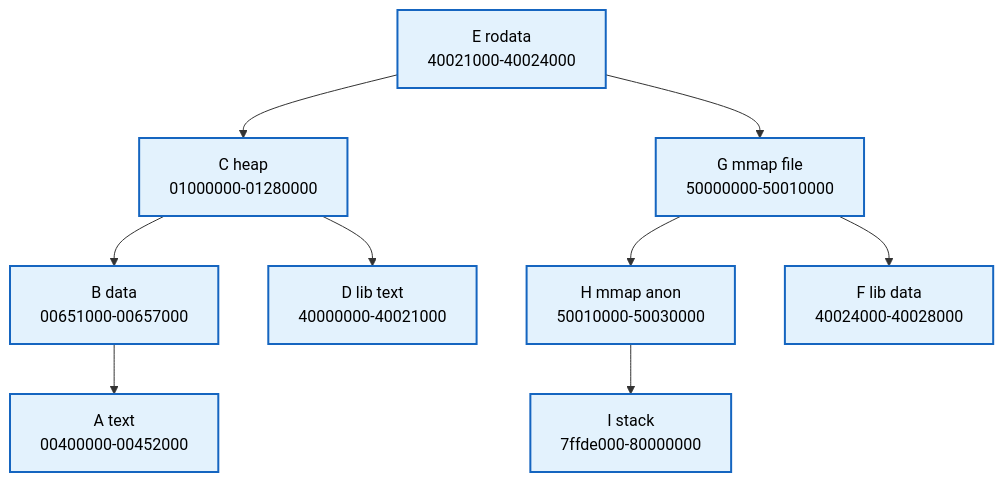
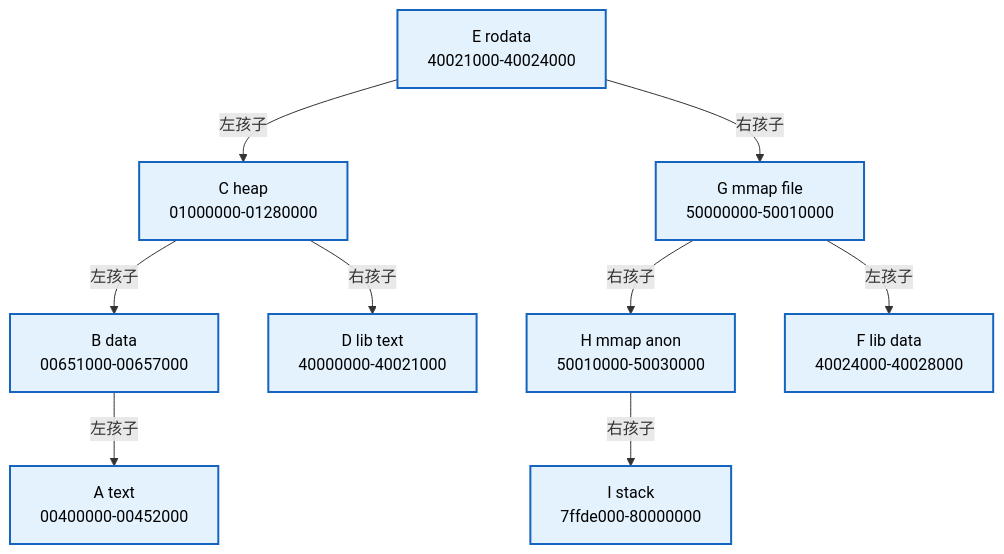
The first of 9 diagrams in knowledge/linux/data_structures/红黑树_rb-tree/P48_从VMA辅助索引到Maple范围节点.md (FormingSystem/linux_note), drawn with Mermaid before and after one commit. The commit also changed other lines of this file and 4 other files, not shown here.

````diff
--- a/knowledge/linux/data_structures/红黑树_rb-tree/P48_从VMA辅助索引到Maple范围节点.md
+++ b/knowledge/linux/data_structures/红黑树_rb-tree/P48_从VMA辅助索引到Maple范围节点.md
@@ -95,24 +39,24 @@
 ```mermaid
 flowchart TD
 	C["C heap<br/>01000000-01280000"]
 	B["B data<br/>00651000-00657000"]
 	G["G mmap file<br/>50000000-50010000"]
 	A["A text<br/>00400000-00452000"]
 	D["D lib text<br/>40000000-40021000"]
 	H["H mmap anon<br/>50010000-50030000"]
 	E["E rodata<br/>40021000-40024000"]
 	F["F lib data<br/>40024000-40028000"]
 	I["I stack<br/>7ffde000-80000000"]
 
-	E --> C
-	E --> G
-	C --> B
-	C --> D
-	B --> A
-	G --> F
-	G --> H
-	H --> I
+	E -->|左孩子| C
+	E -->|右孩子| G
+	C -->|左孩子| B
+	C -->|右孩子| D
+	B -->|左孩子| A
+	G -->|左孩子| F
+	G -->|右孩子| H
+	H -->|右孩子| I
 
 	classDef rb fill:#e3f2fd,stroke:#1565c0,color:#000,stroke-width:2px;
 	class C,B,G,A,D,H,E,F,I rb;
 ```
````
